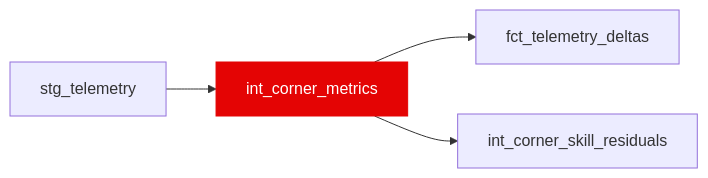
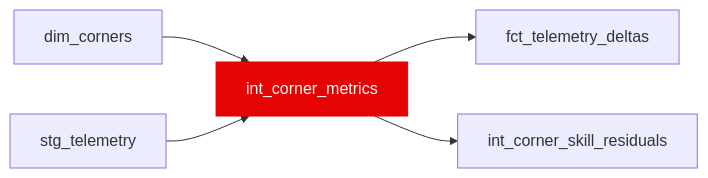
Before and after one commit to JustinClarke/off-the-pace: the diagram in docs/reference/models/int/int_corner_metrics.mdx, drawn with Mermaid. The commit also changed other lines of this file and 89 other files, not shown here.

````diff
--- a/docs/reference/models/int/int_corner_metrics.mdx
+++ b/docs/reference/models/int/int_corner_metrics.mdx
@@ -15,7 +15,8 @@
 ```mermaid
 flowchart LR
+  dim_corners --> int_corner_metrics
   stg_telemetry --> int_corner_metrics
   int_corner_metrics --> fct_telemetry_deltas
   int_corner_metrics --> int_corner_skill_residuals
   style int_corner_metrics fill:#e40404,stroke:#e40404,color:#fff
 ```
````
